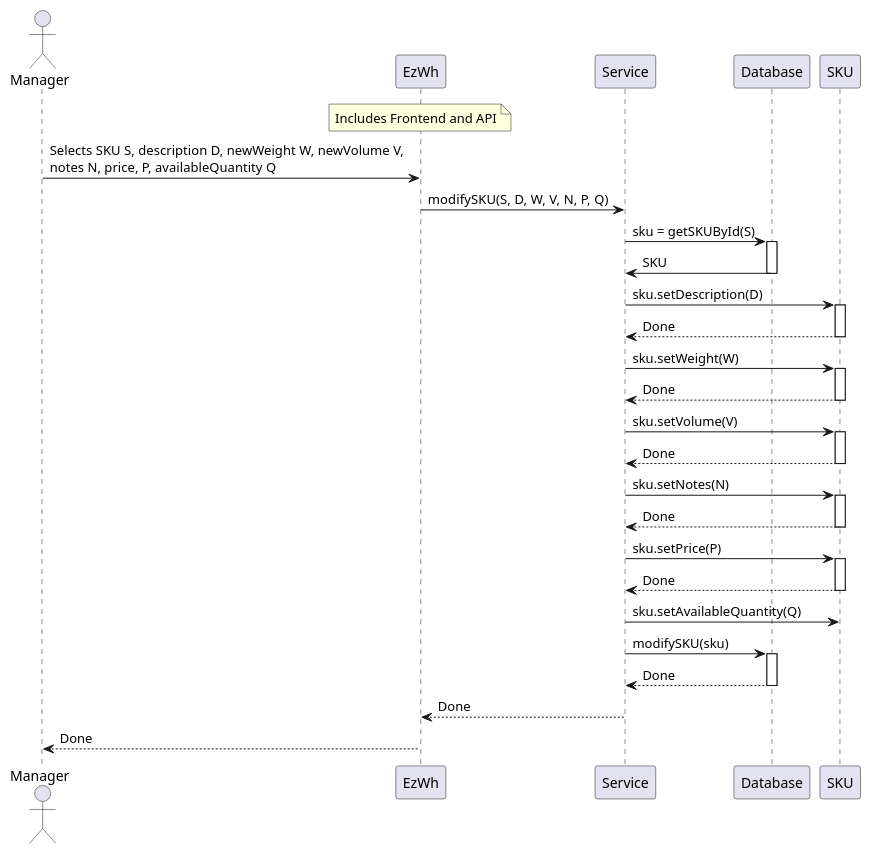
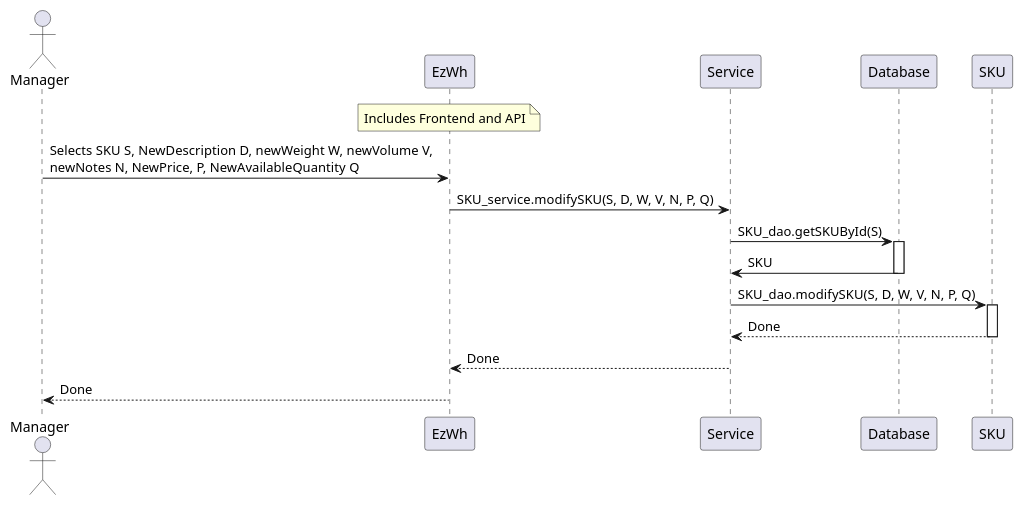
Before and after one commit to giuseppe-dandrea/EzWh: the third of 12 diagrams in DesignDocument.md, drawn with PlantUML. The commit also changed other lines of this file, not shown here.

Commit message:
seq diagrams 1-1, 1-3, 2-1, 2-2, 3-1 updated

````diff
--- a/DesignDocument.md
+++ b/DesignDocument.md
@@ -563,42 +563,21 @@
 ```plantuml
 actor Manager
 participant EzWh
 note over EzWh: Includes Frontend and API
 participant Service
 participant Database
 participant SKU
 
-Manager -> EzWh: Selects SKU S, description D, newWeight W, newVolume V,\nnotes N, price, P, availableQuantity Q
-EzWh -> Service: modifySKU(S, D, W, V, N, P, Q)
-Service -> Database : sku = getSKUById(S)
+Manager -> EzWh: Selects SKU S, NewDescription D, newWeight W, newVolume V,\nnewNotes N, NewPrice, P, NewAvailableQuantity Q
+EzWh -> Service: SKU_service.modifySKU(S, D, W, V, N, P, Q)
+Service -> Database : SKU_dao.getSKUById(S)
 activate Database
 Database -> Service : SKU
 deactivate Database
-Service -> SKU: sku.setDescription(D)
+Service -> SKU: SKU_dao.modifySKU(S, D, W, V, N, P, Q)
 activate SKU
 SKU --> Service: Done
 deactivate SKU
-Service -> SKU: sku.setWeight(W)
-activate SKU
-SKU --> Service: Done
-deactivate SKU
-Service -> SKU: sku.setVolume(V)
-activate SKU
-SKU --> Service: Done
-deactivate SKU
-Service -> SKU: sku.setNotes(N)
-activate SKU
-SKU --> Service: Done
-deactivate SKU
-Service -> SKU: sku.setPrice(P)
-activate SKU
-SKU --> Service: Done
-deactivate SKU
-Service -> SKU: sku.setAvailableQuantity(Q)
-Service -> Database : modifySKU(sku)
-activate Database
-Database --> Service : Done
-deactivate Database
 Service --> EzWh : Done
 EzWh --> Manager : Done
 ```
````
